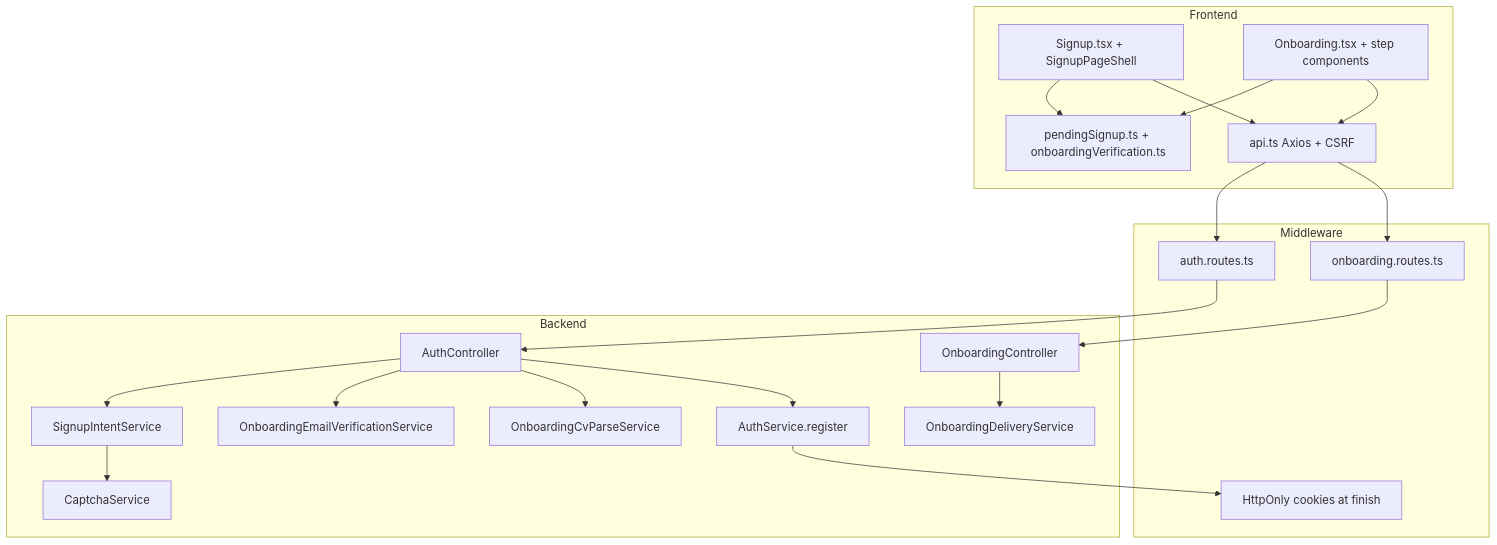
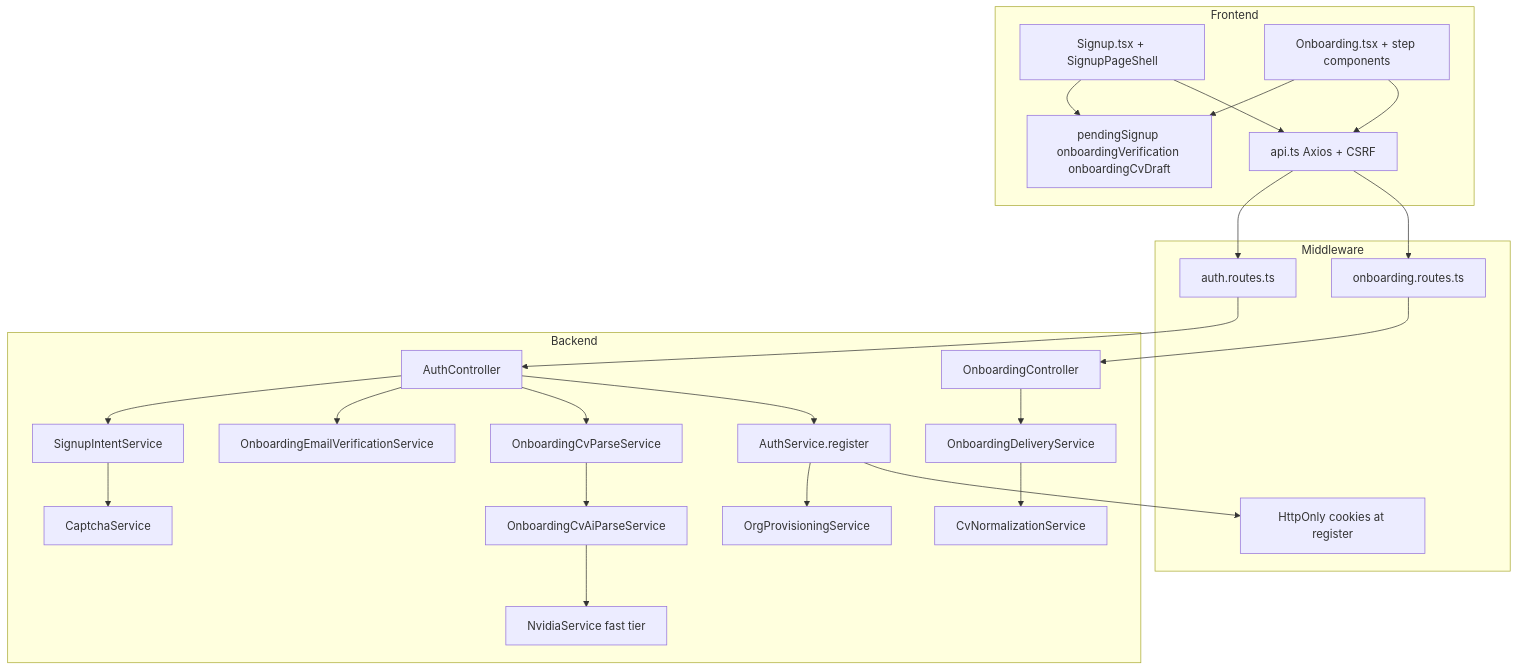
The diagram in pagesflow/signup-onboarding/diagrams/auth-layers.mmd (yugandharreddybana/NewCareers), drawn with Mermaid before and after one commit. The commit also changed 24 other files, not shown here.

First line of the commit message:
fix: onboarding CV AI parse and refresh signup pipeline docs

```diff
--- a/pagesflow/signup-onboarding/diagrams/auth-layers.mmd
+++ b/pagesflow/signup-onboarding/diagrams/auth-layers.mmd
@@ -1,37 +1,45 @@
 flowchart TB
     subgraph Frontend
         SignupUI[Signup.tsx + SignupPageShell]
         OnbUI[Onboarding.tsx + step components]
-        PendingStore[pendingSignup.ts + onboardingVerification.ts]
+        PendingStore[pendingSignup onboardingVerification onboardingCvDraft]
         Axios[api.ts Axios + CSRF]
     end
     subgraph Middleware
         AuthRoutes[auth.routes.ts]
         OnbRoutes[onboarding.routes.ts]
-        Cookies[HttpOnly cookies at finish]
+        Cookies[HttpOnly cookies at register]
     end
     subgraph Backend
         AuthCtrl[AuthController]
         OnbCtrl[OnboardingController]
         SignupIntent[SignupIntentService]
         EmailVerify[OnboardingEmailVerificationService]
         CvParse[OnboardingCvParseService]
+        CvAi[OnboardingCvAiParseService]
+        Nvidia[NvidiaService fast tier]
         Delivery[OnboardingDeliveryService]
+        CvNorm[CvNormalizationService]
+        OrgProv[OrgProvisioningService]
         Captcha[CaptchaService]
         AuthSvc[AuthService.register]
     end
     SignupUI --> PendingStore
     OnbUI --> PendingStore
     SignupUI --> Axios
     OnbUI --> Axios
     Axios --> AuthRoutes
     Axios --> OnbRoutes
     AuthRoutes --> AuthCtrl
     OnbRoutes --> OnbCtrl
     AuthCtrl --> SignupIntent
     AuthCtrl --> EmailVerify
     AuthCtrl --> CvParse
     AuthCtrl --> AuthSvc
+    CvParse --> CvAi
+    CvAi --> Nvidia
     OnbCtrl --> Delivery
+    Delivery --> CvNorm
+    AuthSvc --> OrgProv
     SignupIntent --> Captcha
     AuthSvc --> Cookies
```
